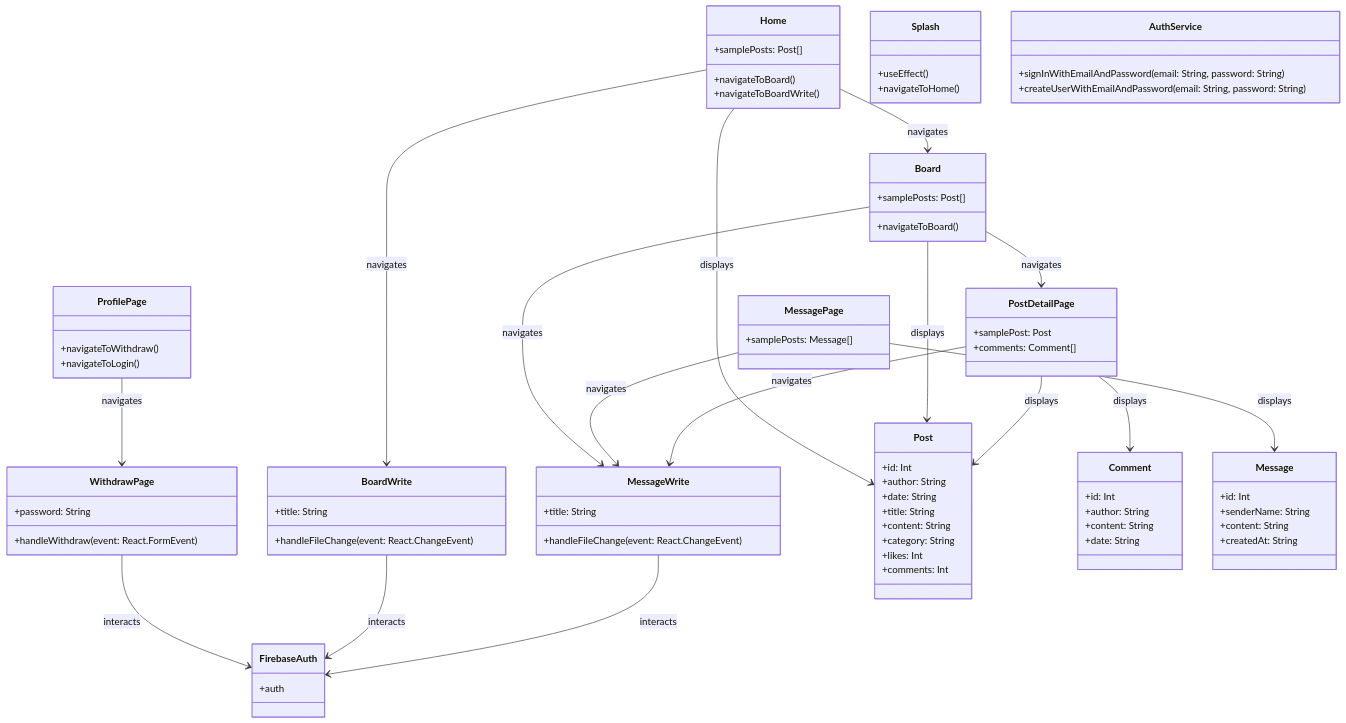
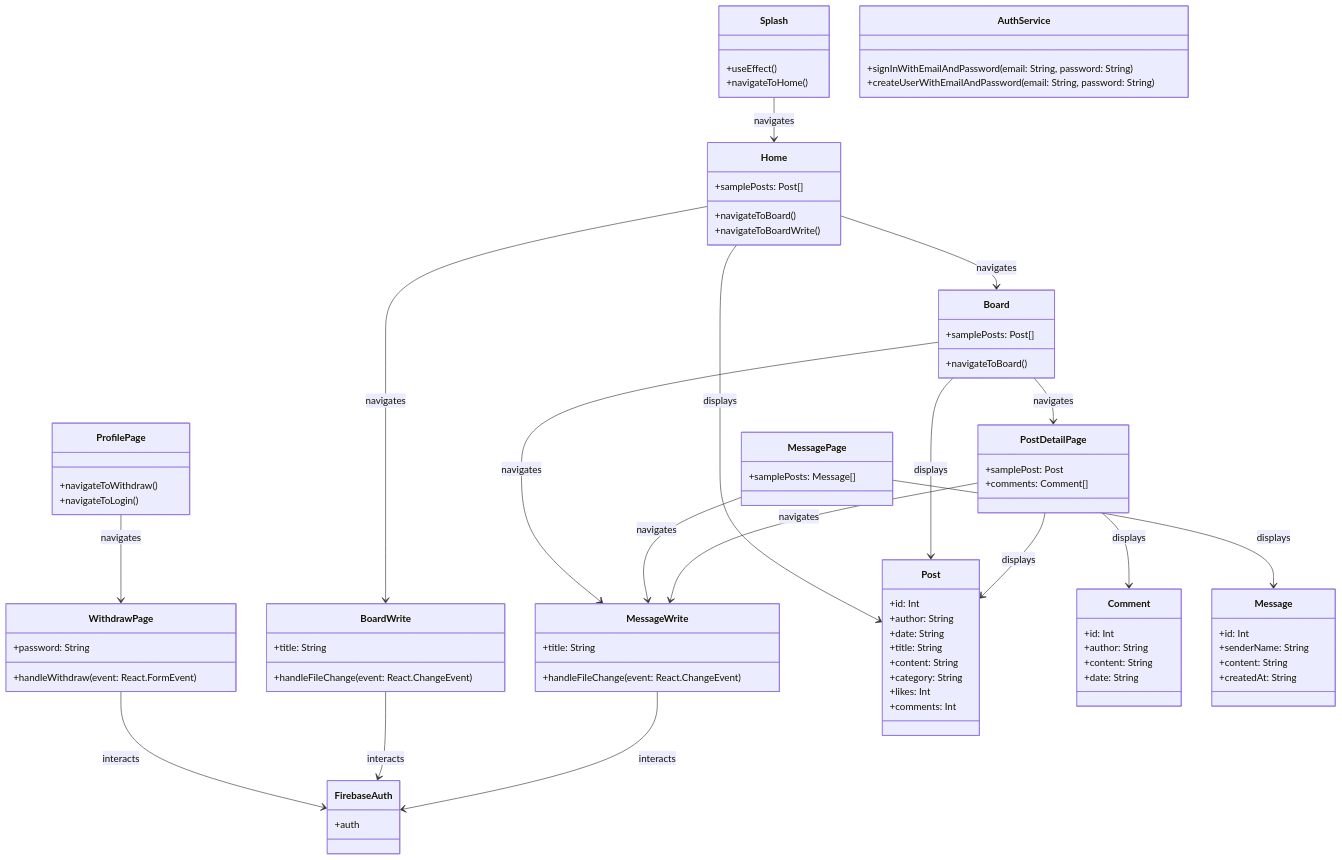
One commit to Playinc-React-NodeJS-etc/Eoullim changed the diagram in README.md. Above: the diagram before and after it, drawn with Mermaid.

```diff
--- a/README.md
+++ b/README.md
@@ -80,6 +80,8 @@
         +auth
     }
 
+
+    Splash --> Home : navigates
     Home --> Board : navigates
     Home --> BoardWrite : navigates
     Board --> PostDetailPage : navigates
```
